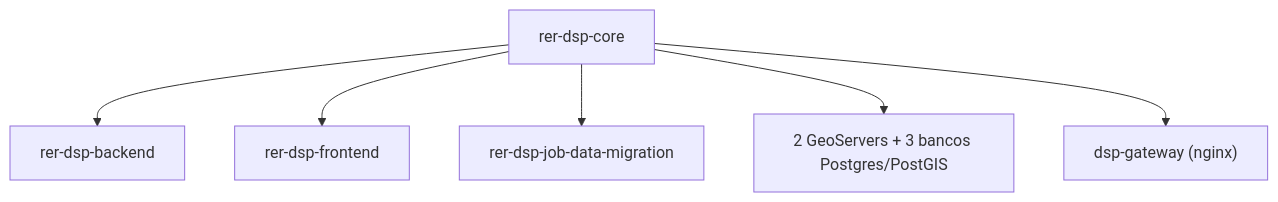
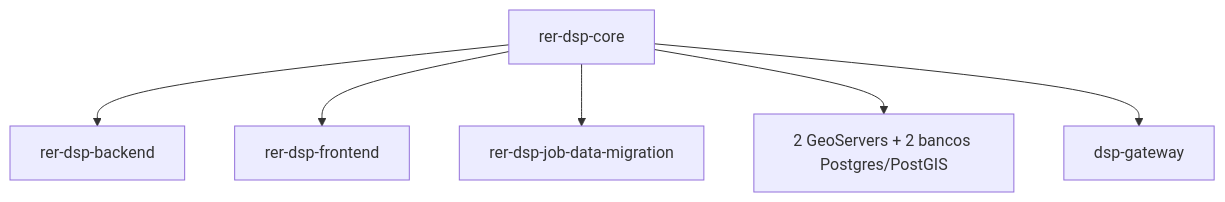
The first of 3 diagrams in docs/modules/core.md (kleber-albino/rer-dsp-docs), drawn with Mermaid before and after one commit. The commit also changed other lines of this file and 14 other files, not shown here.

````diff
--- a/docs/modules/core.md
+++ b/docs/modules/core.md
@@ -9,15 +9,15 @@
 ```mermaid
 flowchart TD
   core["rer-dsp-core"]
   be["rer-dsp-backend"]
   fe["rer-dsp-frontend"]
   job["rer-dsp-job-data-migration"]
-  gs["2 GeoServers + 3 bancos Postgres/PostGIS"]
-  gw["dsp-gateway (nginx)"]
+  gs["2 GeoServers + 2 bancos Postgres/PostGIS"]
+  gw["dsp-gateway"]
 
   core --> be
   core --> fe
   core --> job
   core --> gs
   core --> gw
 ```
````
